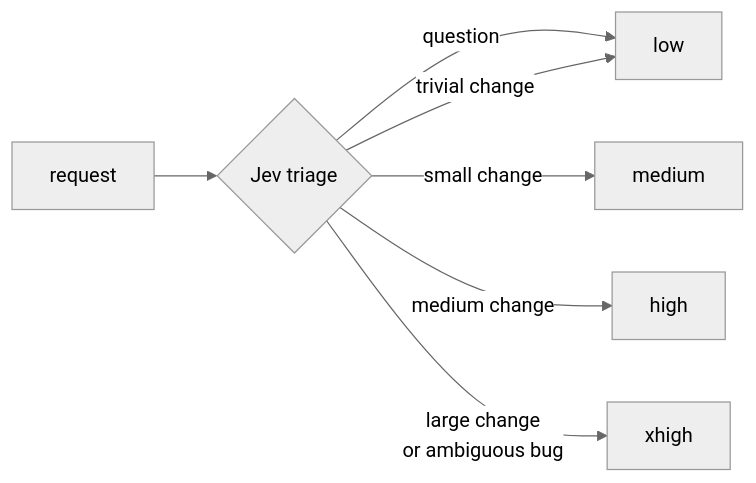
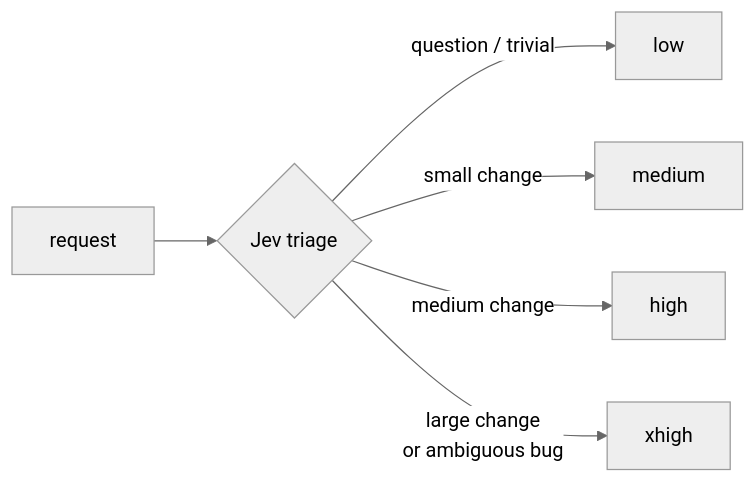
Before and after one commit to Civalski/claujev: the second of 2 diagrams in README.md, drawn with Mermaid (neutral theme). The commit also changed other lines of this file and 3 other files, not shown here.

````diff
--- a/README.md
+++ b/README.md
@@ -153,9 +104,8 @@
 ```mermaid
 flowchart LR
     P["request"] --> J{"Jev triage"}
-    J -->|"question"| L["low"]
-    J -->|"trivial change"| L
+    J -->|"question / trivial"| L["low"]
     J -->|"small change"| M["medium"]
     J -->|"medium change"| H["high"]
     J -->|"large change<br/>or ambiguous bug"| X["xhigh"]
 ```
````
